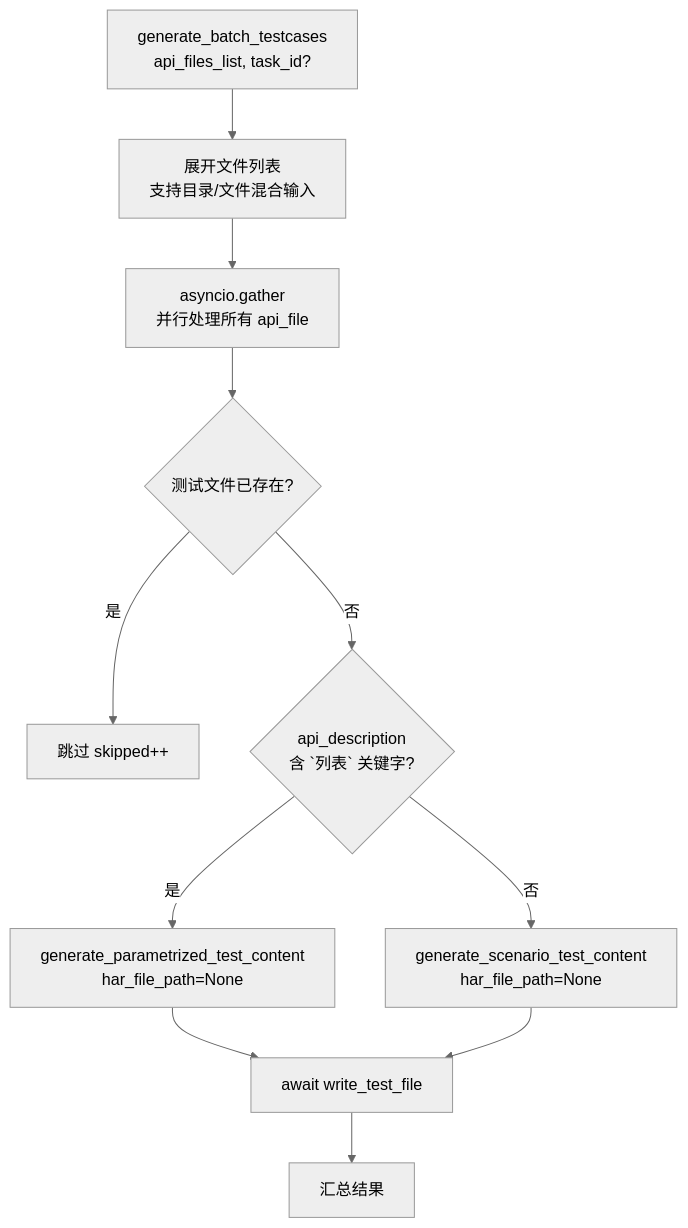
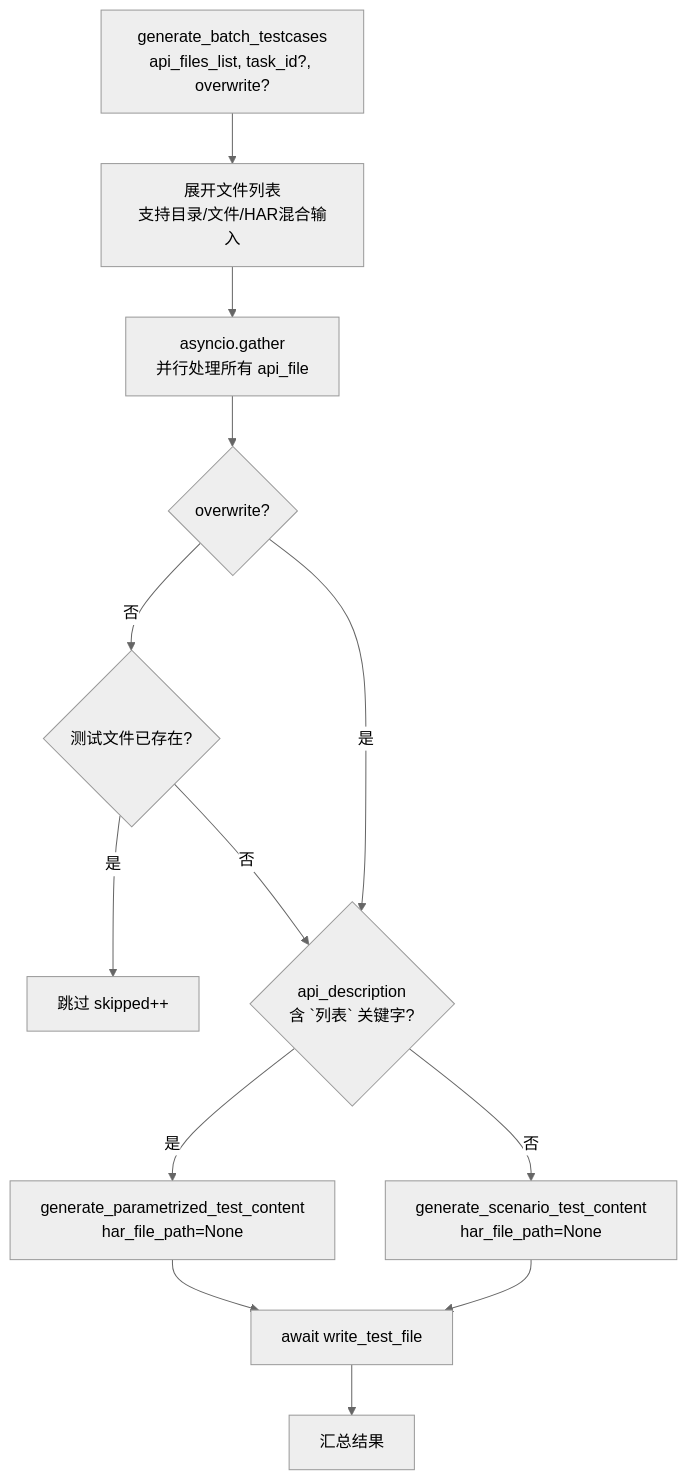
Before and after one commit to hewei198711/har2pytest: the third of 3 diagrams in docs/testcase_generation_modes.md, drawn with Mermaid (neutral theme). The commit also changed other lines of this file and 30 other files, not shown here.

````diff
--- a/docs/testcase_generation_modes.md
+++ b/docs/testcase_generation_modes.md
@@ -340,13 +360,15 @@
 ```mermaid
 flowchart TD
-    A["generate_batch_testcases<br/>api_files_list, task_id?"] --> B["展开文件列表<br/>支持目录/文件混合输入"]
+    A["generate_batch_testcases<br/>api_files_list, task_id?, overwrite?"] --> B["展开文件列表<br/>支持目录/文件/HAR混合输入"]
     B --> C["asyncio.gather<br/>并行处理所有 api_file"]
-    C --> D{"测试文件已存在?"}
-    D -->|是| E["跳过 skipped++"]
-    D -->|否| F{"api_description<br/>含 `列表` 关键字?"}
-    F -->|是| G["generate_parametrized_test_content<br/>har_file_path=None"]
-    F -->|否| H["generate_scenario_test_content<br/>har_file_path=None"]
-    G --> I["await write_test_file"]
-    H --> I
-    I --> J["汇总结果"]
+    C --> D{overwrite?}
+    D -->|否| E{测试文件已存在?}
+    E -->|是| F["跳过 skipped++"]
+    D -->|是| G{"api_description<br/>含 `列表` 关键字?"}
+    E -->|否| G
+    G -->|是| H["generate_parametrized_test_content<br/>har_file_path=None"]
+    G -->|否| I["generate_scenario_test_content<br/>har_file_path=None"]
+    H --> J["await write_test_file"]
+    I --> J
+    J --> K["汇总结果"]
 ```
````
